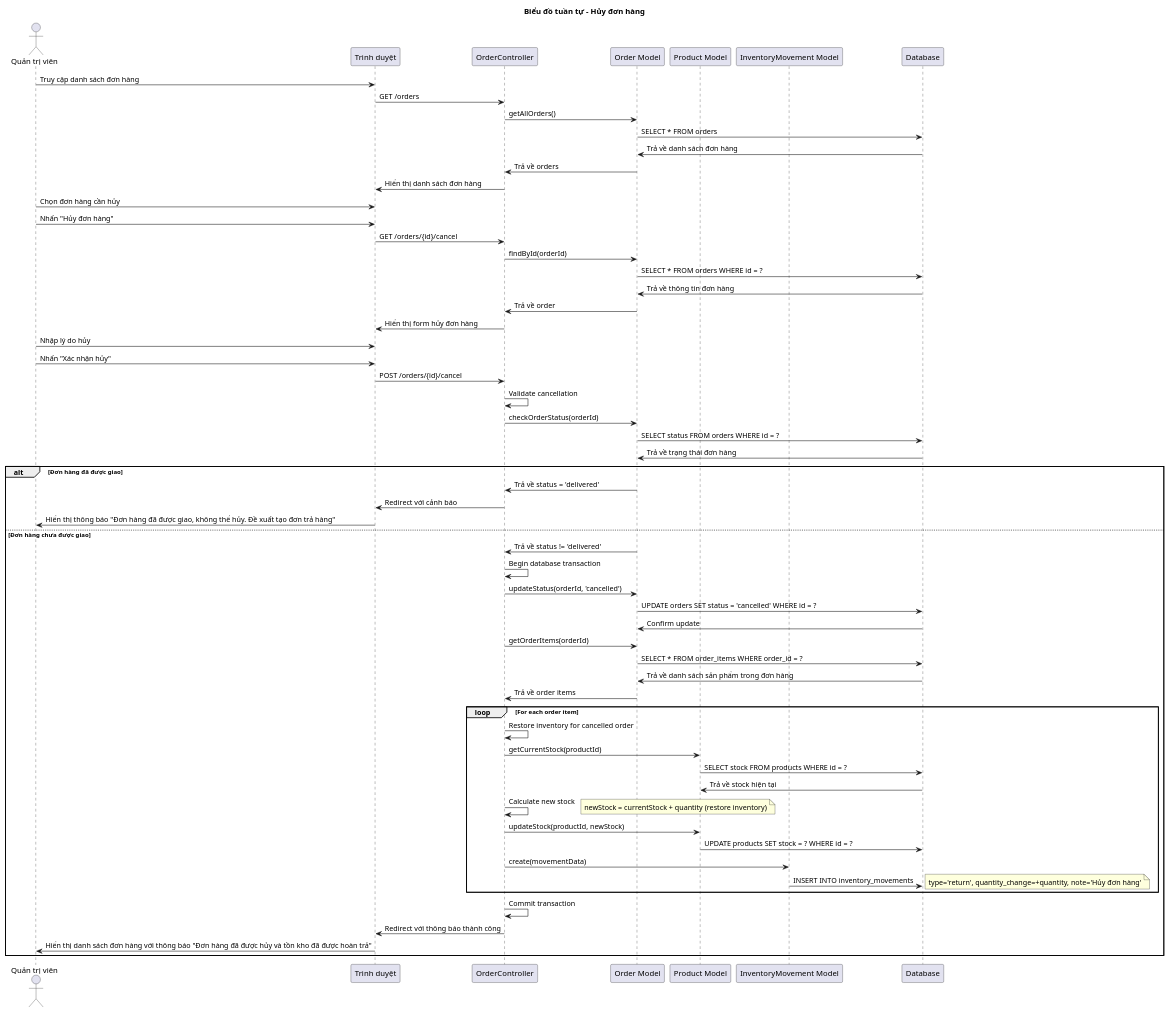
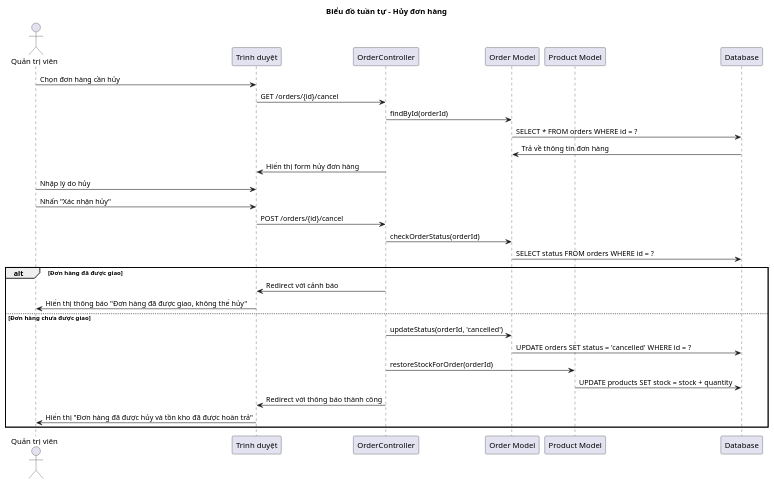
The diagram in docs/sequenceuml/17_huy_don_hang.puml (namhai03/PerfumeShop), drawn with PlantUML before and after one commit. The commit also changed 107 other files, not shown here.

```diff
--- a/docs/sequenceuml/17_huy_don_hang.puml
+++ b/docs/sequenceuml/17_huy_don_hang.puml
@@ -1,79 +1,40 @@
 @startuml Hủy đơn hàng
 title Biểu đồ tuần tự - Hủy đơn hàng
 
 actor "Quản trị viên" as Admin
 participant "Trình duyệt" as Browser
 participant "OrderController" as Controller
 participant "Order Model" as OrderModel
 participant "Product Model" as ProductModel
-participant "InventoryMovement Model" as InventoryModel
 participant "Database" as DB
 
-Admin -> Browser: Truy cập danh sách đơn hàng
-Browser -> Controller: GET /orders
-Controller -> OrderModel: getAllOrders()
-OrderModel -> DB: SELECT * FROM orders
-DB -> OrderModel: Trả về danh sách đơn hàng
-OrderModel -> Controller: Trả về orders
-Controller -> Browser: Hiển thị danh sách đơn hàng
-
 Admin -> Browser: Chọn đơn hàng cần hủy
-Admin -> Browser: Nhấn "Hủy đơn hàng"
 Browser -> Controller: GET /orders/{id}/cancel
 Controller -> OrderModel: findById(orderId)
 OrderModel -> DB: SELECT * FROM orders WHERE id = ?
 DB -> OrderModel: Trả về thông tin đơn hàng
-OrderModel -> Controller: Trả về order
 Controller -> Browser: Hiển thị form hủy đơn hàng
 
 Admin -> Browser: Nhập lý do hủy
 Admin -> Browser: Nhấn "Xác nhận hủy"
 Browser -> Controller: POST /orders/{id}/cancel
 
-Controller -> Controller: Validate cancellation
 Controller -> OrderModel: checkOrderStatus(orderId)
 OrderModel -> DB: SELECT status FROM orders WHERE id = ?
-DB -> OrderModel: Trả về trạng thái đơn hàng
 
 alt Đơn hàng đã được giao
-    OrderModel -> Controller: Trả về status = 'delivered'
     Controller -> Browser: Redirect với cảnh báo
-    Browser -> Admin: Hiển thị thông báo "Đơn hàng đã được giao, không thể hủy. Đề xuất tạo đơn trả hàng"
+    Browser -> Admin: Hiển thị thông báo "Đơn hàng đã được giao, không thể hủy"
     
 else Đơn hàng chưa được giao
-    OrderModel -> Controller: Trả về status != 'delivered'
-    
-    Controller -> Controller: Begin database transaction
-    
     Controller -> OrderModel: updateStatus(orderId, 'cancelled')
     OrderModel -> DB: UPDATE orders SET status = 'cancelled' WHERE id = ?
-    DB -> OrderModel: Confirm update
     
-    Controller -> OrderModel: getOrderItems(orderId)
-    OrderModel -> DB: SELECT * FROM order_items WHERE order_id = ?
-    DB -> OrderModel: Trả về danh sách sản phẩm trong đơn hàng
-    OrderModel -> Controller: Trả về order items
+    Controller -> ProductModel: restoreStockForOrder(orderId)
+    ProductModel -> DB: UPDATE products SET stock = stock + quantity
     
-    loop For each order item
-        Controller -> Controller: Restore inventory for cancelled order
-        Controller -> ProductModel: getCurrentStock(productId)
-        ProductModel -> DB: SELECT stock FROM products WHERE id = ?
-        DB -> ProductModel: Trả về stock hiện tại
-        
-        Controller -> Controller: Calculate new stock
-        note right: newStock = currentStock + quantity (restore inventory)
-        
-        Controller -> ProductModel: updateStock(productId, newStock)
-        ProductModel -> DB: UPDATE products SET stock = ? WHERE id = ?
-        
-        Controller -> InventoryModel: create(movementData)
-        InventoryModel -> DB: INSERT INTO inventory_movements
-        note right: type='return', quantity_change=+quantity, note='Hủy đơn hàng'
-    end
-    
-    Controller -> Controller: Commit transaction
     Controller -> Browser: Redirect với thông báo thành công
-    Browser -> Admin: Hiển thị danh sách đơn hàng với thông báo "Đơn hàng đã được hủy và tồn kho đã được hoàn trả"
+    Browser -> Admin: Hiển thị "Đơn hàng đã được hủy và tồn kho đã được hoàn trả"
 end
 
 @enduml
```
